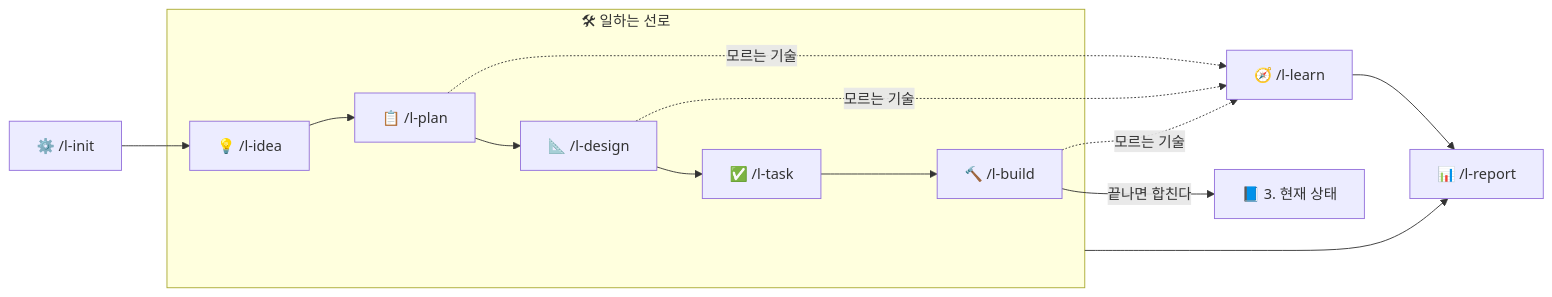
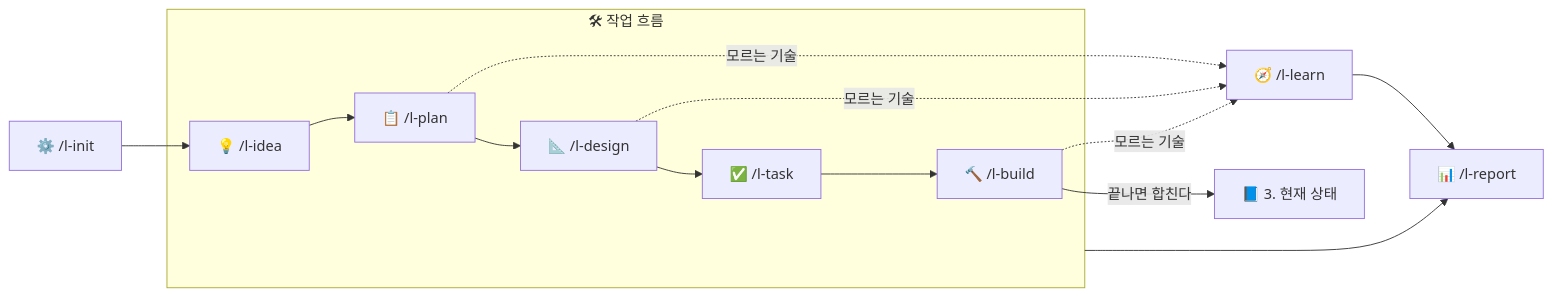
The diagram in README.md (Jungjihyuk/LanternSpec), drawn with Mermaid before and after one commit. The commit also changed other lines of this file and 3 other files, not shown here.

````diff
--- a/README.md
+++ b/README.md
@@ -44,10 +80,10 @@
 ```mermaid
 flowchart LR
   S["⚙️ /l-init"] --> I
-  subgraph W["🛠 일하는 선로"]
+  subgraph W["🛠 작업 흐름"]
     I["💡 /l-idea"] --> P["📋 /l-plan"] --> D["📐 /l-design"] --> T["✅ /l-task"] --> B["🔨 /l-build"]
   end
   P & D & B -.모르는 기술.-> L["🧭 /l-learn"]
   B -->|끝나면 합친다| C["📘 3. 현재 상태"]
   W & L --> R["📊 /l-report"]
 ```
````
